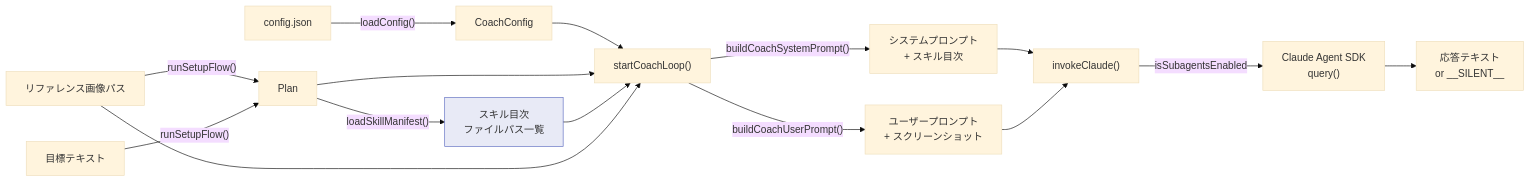
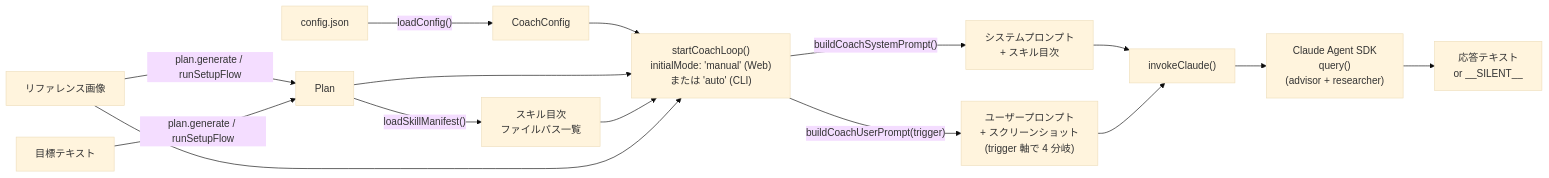
Before and after one commit to yukaorange/dcc_suport: the third of 30 diagrams in docs/architecture.md, drawn with Mermaid (base theme). The commit also changed other lines of this file and 1 other file, not shown here.

Commit message:
chore(docs): アーキテクチャ図とクライアント用リーディングガイドの更新

````diff
--- a/docs/architecture.md
+++ b/docs/architecture.md
@@ -158,24 +154,22 @@
 ```mermaid
 flowchart LR
     Config["config.json"] -->|"loadConfig()"| CoachConfig["CoachConfig"]
-    Ref["リファレンス画像パス"] -->|"runSetupFlow()"| Plan["Plan"]
-    Goal["目標テキスト"] -->|"runSetupFlow()"| Plan
+    Ref["リファレンス画像"] -->|"plan.generate / runSetupFlow"| Plan["Plan"]
+    Goal["目標テキスト"] -->|"plan.generate / runSetupFlow"| Plan
 
-    Plan -->|"loadSkillManifest()"| Manifest["スキル目次<br>ファイルパス一覧"]:::dcc7
+    Plan -->|"loadSkillManifest()"| Manifest["スキル目次<br>ファイルパス一覧"]
 
-    CoachConfig --> Loop["startCoachLoop()"]
+    CoachConfig --> Loop["startCoachLoop()<br>initialMode: 'manual' (Web)<br>または 'auto' (CLI)"]
     Plan --> Loop
     Manifest --> Loop
     Ref --> Loop
 
     Loop -->|"buildCoachSystemPrompt()"| SysPrompt["システムプロンプト<br>+ スキル目次"]
-    Loop -->|"buildCoachUserPrompt()"| UserPrompt["ユーザープロンプト<br>+ スクリーンショット"]
+    Loop -->|"buildCoachUserPrompt(trigger)"| UserPrompt["ユーザープロンプト<br>+ スクリーンショット<br>(trigger 軸で 4 分岐)"]
 
     SysPrompt --> Engine["invokeClaude()"]
     UserPrompt --> Engine
 
-    Engine -->|"isSubagentsEnabled"| SDK["Claude Agent SDK<br>query()"]
+    Engine --> SDK["Claude Agent SDK<br>query()<br>(advisor + researcher)"]
     SDK --> Result["応答テキスト<br>or __SILENT__"]
-
-    classDef dcc7 fill:#e8eaf6,stroke:#5c6bc0
 ```
````
